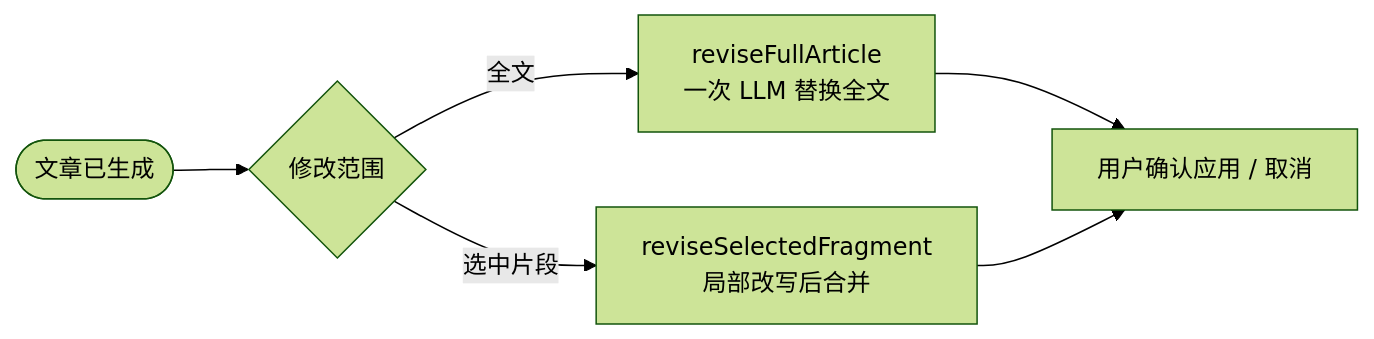
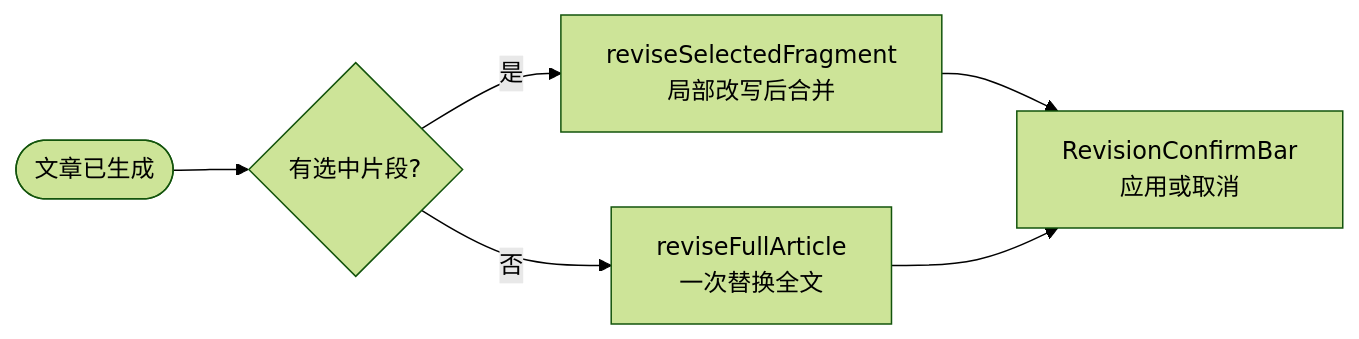
Before and after one commit to YieCham/seo-article-generate: the sixth of 7 diagrams in README.md, drawn with Mermaid (forest theme). The commit also changed other lines of this file, not shown here.

Commit message:
Align README flowcharts with the current create and optimize pipelines

````diff
--- a/README.md
+++ b/README.md
@@ -267,10 +260,10 @@
 ```mermaid
 flowchart LR
-  Done(["文章已生成"]) --> FollowUp{修改范围}
+  Done(["文章已生成"]) --> FollowUp{有选中片段?}
 
-  FollowUp -->|全文| Full["reviseFullArticle<br/>一次 LLM 替换全文"]
-  FollowUp -->|选中片段| Select["reviseSelectedFragment<br/>局部改写后合并"]
+  FollowUp -->|是| Select["reviseSelectedFragment<br/>局部改写后合并"]
+  FollowUp -->|否| Full["reviseFullArticle<br/>一次替换全文"]
 
-  Full --> Apply["用户确认应用 / 取消"]
-  Select --> Apply
+  Select --> Bar["RevisionConfirmBar<br/>应用或取消"]
+  Full --> Bar
 ```
````
